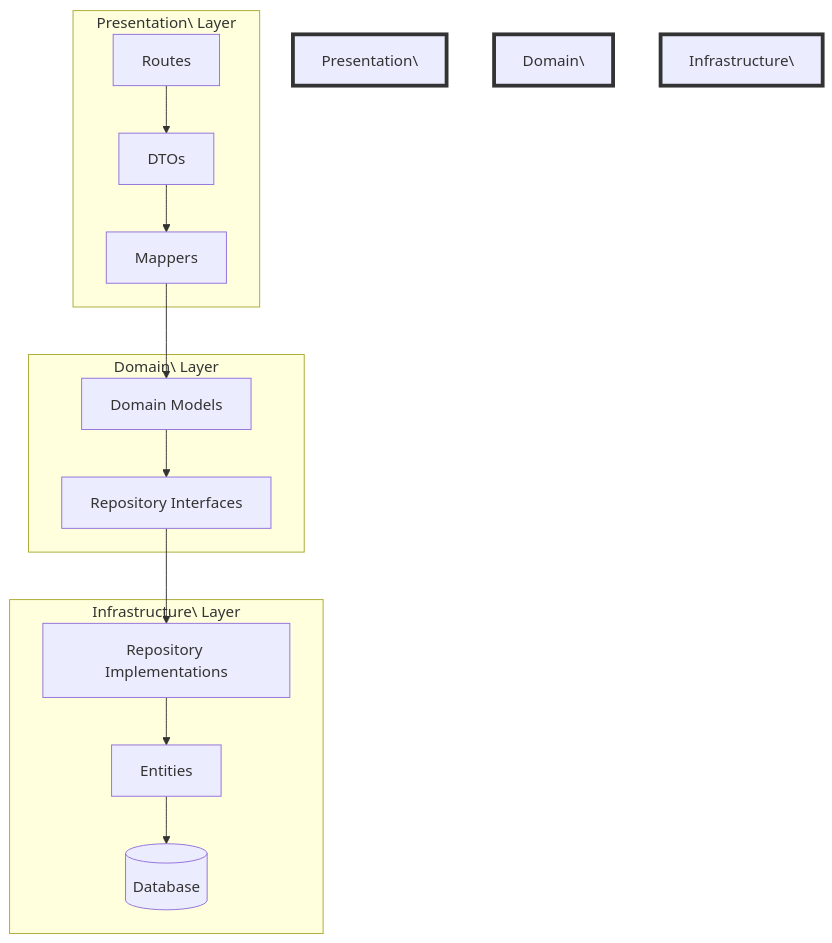
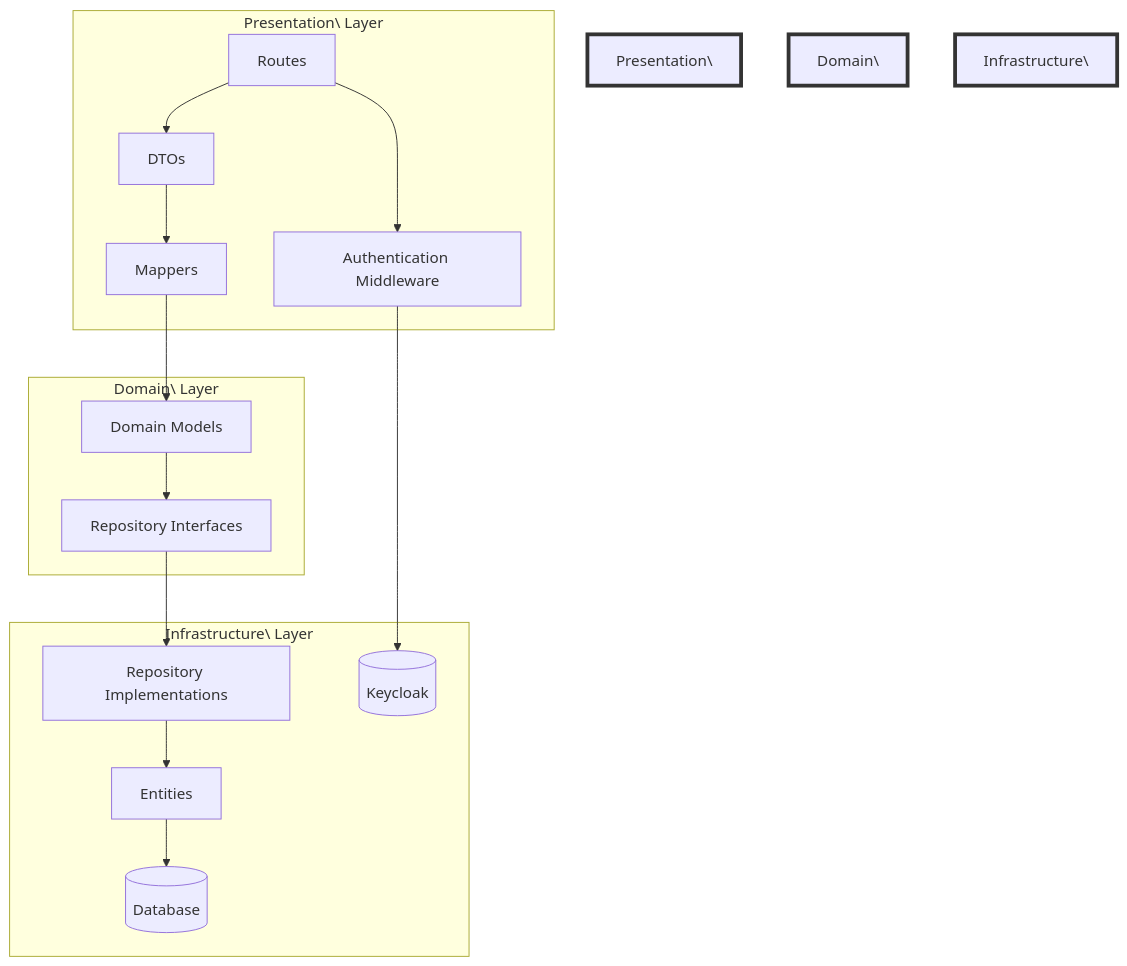
Before and after one commit to mhgit/exp-api: the first of 4 diagrams in README.md, drawn with Mermaid. The commit also changed other lines of this file, not shown here.

````diff
--- a/README.md
+++ b/README.md
@@ -76,40 +77,47 @@
 ```mermaid
 graph TD
     R[Routes]
     DTO[DTOs]
     M[Mappers]
     DM[Domain Models]
     RI[Repository Interfaces]
     RE[Repository Implementations]
     E[Entities]
     DB[(Database)]
+    KC[(Keycloak)]
+    Auth[Authentication Middleware]
 
     R --> DTO
     DTO --> M
     M --> DM
     DM --> RI
     RI --> RE
     RE --> E
     E --> DB
 
+    Auth --> KC
+    R --> Auth
+
     subgraph Presentation\ Layer
         R
         DTO
         M
+        Auth
     end
 
     subgraph Domain\ Layer
         DM
         RI
     end
 
     subgraph Infrastructure\ Layer
         RE
         E
         DB
+        KC
     end
 
     style Presentation\ Layer fill:#f9f,stroke:#333,stroke-width:4px
     style Domain\ Layer fill:#bbf,stroke:#333,stroke-width:4px
     style Infrastructure\ Layer fill:#bfb,stroke:#333,stroke-width:4px
 ```
````
